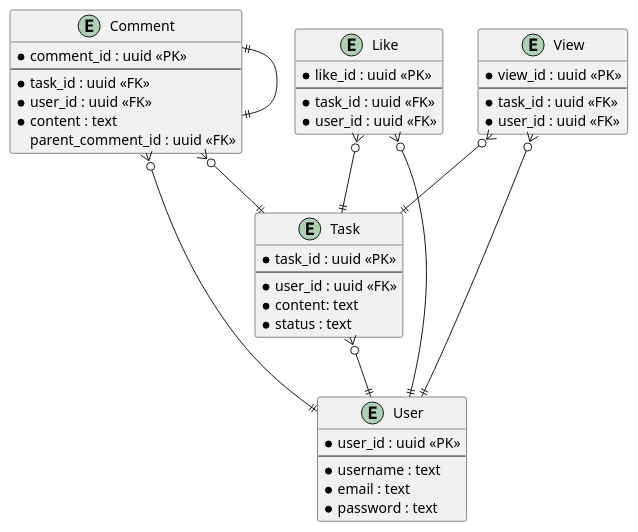
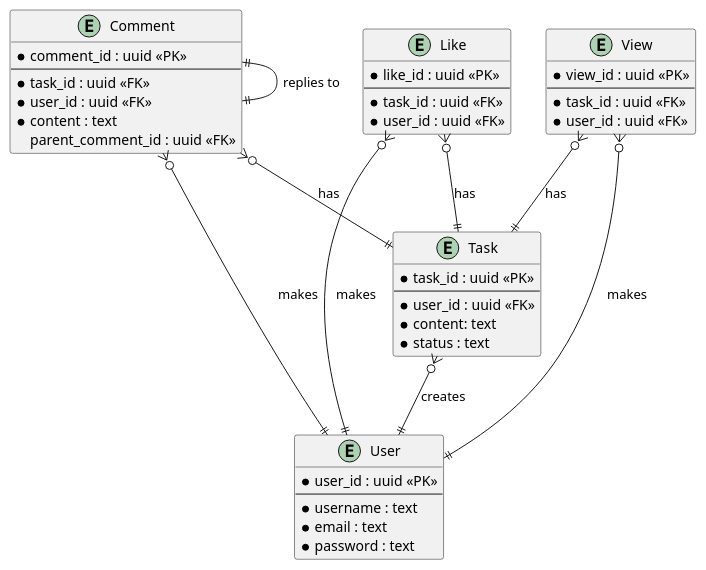
One commit to frisssby/soa-coursework changed the diagram in doc/er.puml. Above: the diagram before and after it, drawn with PlantUML. The commit also changed 1 other file, not shown here.

```diff
--- a/doc/er.puml
+++ b/doc/er.puml
@@ -1,51 +1,51 @@
 @startuml
 
 entity "User" as user {
   *user_id : uuid <<PK>>
   --
   * username : text
   * email : text
   * password : text
 }
 
 entity "Task" as task {
   *task_id : uuid <<PK>>
   --
   *user_id : uuid <<FK>>
   *content: text
-  *status : text 
+  *status : text
 }
 
 entity "Comment" as comment {
   *comment_id : uuid <<PK>>
   --
   *task_id : uuid <<FK>>
   *user_id : uuid <<FK>>
   *content : text
   parent_comment_id : uuid <<FK>> 
 }
 
 entity "Like" as like {
   *like_id : uuid <<PK>>
   --
   *task_id : uuid <<FK>>
   *user_id : uuid <<FK>>
 }
 
 entity "View" as view {
   *view_id : uuid <<PK>>
   --
   *task_id : uuid <<FK>>
   *user_id : uuid <<FK>>
 }
 
-task }o--|| user
-like }o--|| task
-like }o--|| user
-comment }o--|| task
-comment }o--|| user
-view }o--|| task
-view }o--|| user
-comment ||--|| comment
+task }o--|| user : creates
+like }o--|| task : has
+like }o--|| user : makes
+comment }o--|| task : has
+comment }o--|| user : makes
+view }o--|| task : has
+view }o--|| user : makes
+comment ||--|| comment : replies to
 
 @enduml
```
